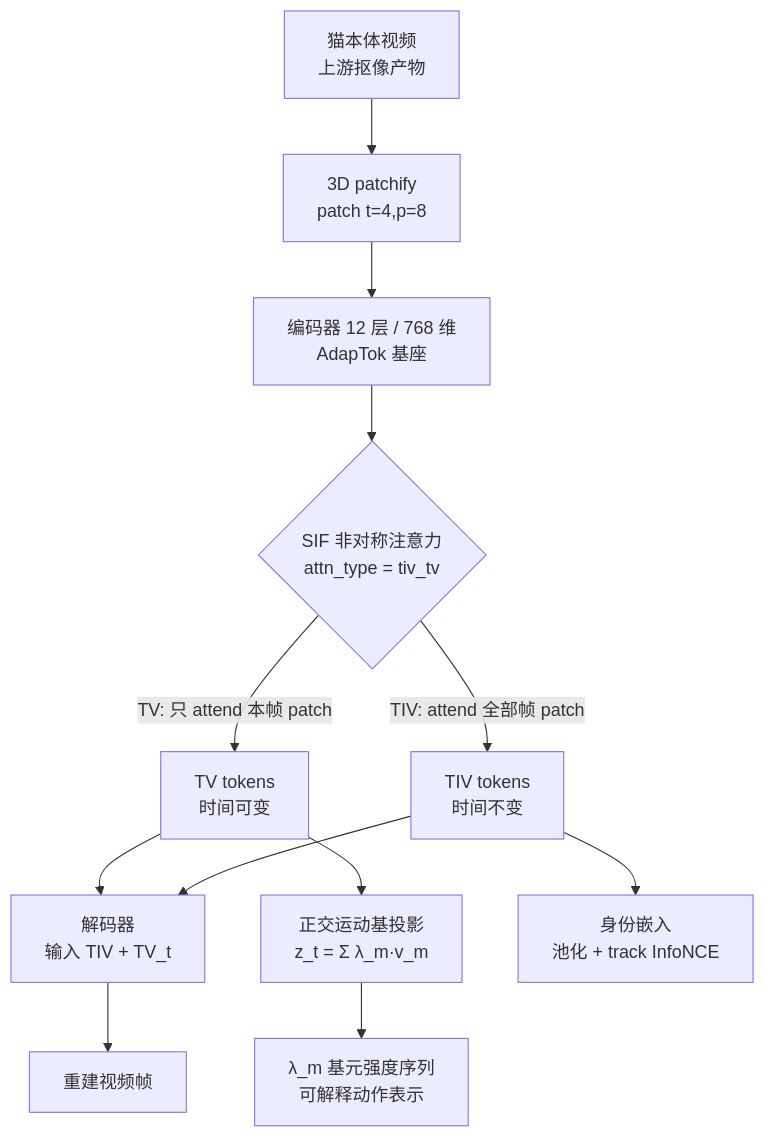
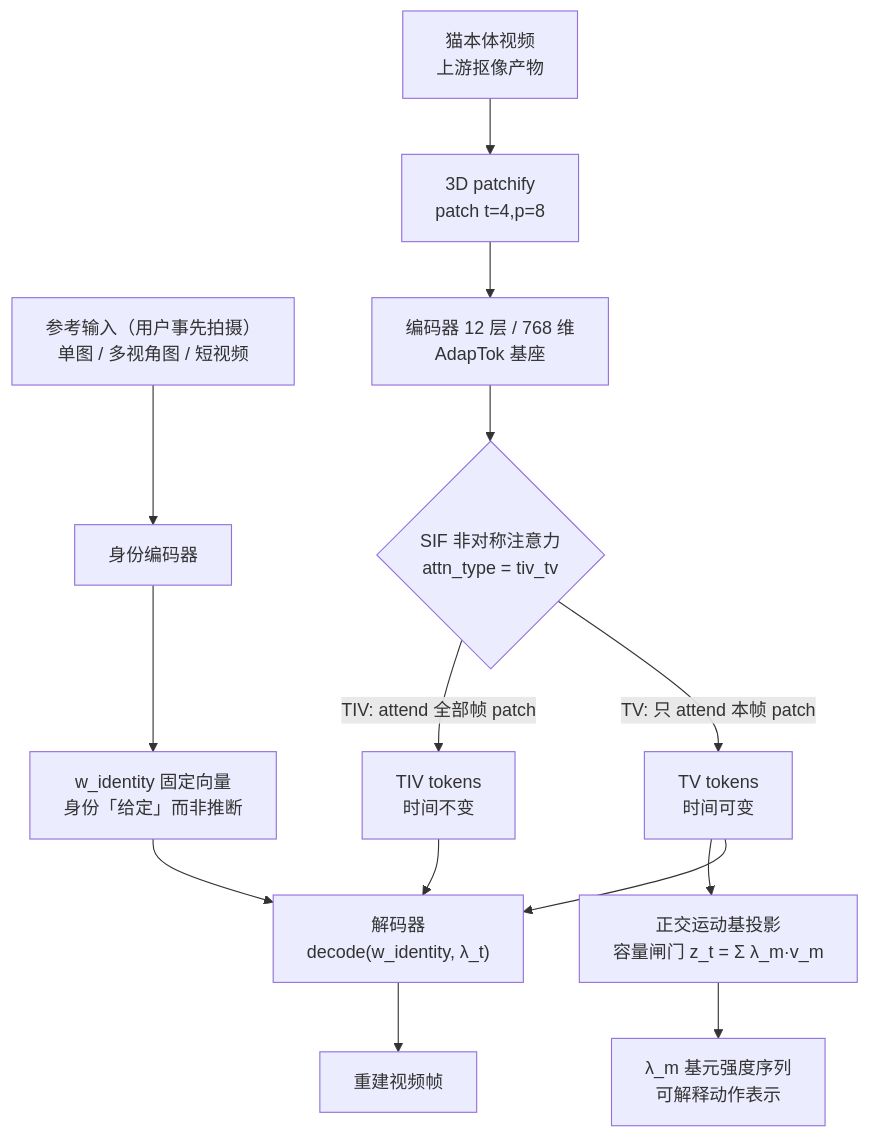
Before and after one commit to gongshangzheng/pet-action-recognition: the first of 2 diagrams in management/docs/identity-tokenizer.md, drawn with Mermaid. The commit also changed other lines of this file and 7 other files, not shown here.

First line of the commit message:
design(identity): 身份改为参考输入（默认设定）；InfoNCE 移出主监督；选型状态约定

````diff
--- a/management/docs/identity-tokenizer.md
+++ b/management/docs/identity-tokenizer.md
@@ -56,19 +56,21 @@
 ```mermaid
 flowchart TD
+    R["参考输入（用户事先拍摄）<br/>单图 / 多视角图 / 短视频"] --> E0[身份编码器]
+    E0 --> L["w_identity 固定向量<br/>身份「给定」而非推断"]
+
     A[猫本体视频<br/>上游抠像产物] --> B["3D patchify<br/>patch t=4,p=8"]
     B --> C["编码器 12 层 / 768 维<br/>AdapTok 基座"]
 
     C --> D{"SIF 非对称注意力<br/>attn_type = tiv_tv"}
 
     D -->|"TIV: attend 全部帧 patch"| E[TIV tokens<br/>时间不变]
     D -->|"TV: 只 attend 本帧 patch"| F[TV tokens<br/>时间可变]
 
-    F --> H["正交运动基投影<br/>z_t = Σ λ_m·v_m"]
+    F --> H["正交运动基投影<br/>容量闸门 z_t = Σ λ_m·v_m"]
     H --> I["λ_m 基元强度序列<br/>可解释动作表示"]
 
-    E --> J["解码器<br/>输入 TIV + TV_t"]
+    E --> J["解码器<br/>decode(w_identity, λ_t)"]
     F --> J
+    L --> J
     J --> K[重建视频帧]
-
-    E --> L["身份嵌入<br/>池化 + track InfoNCE"]
 ```
````
